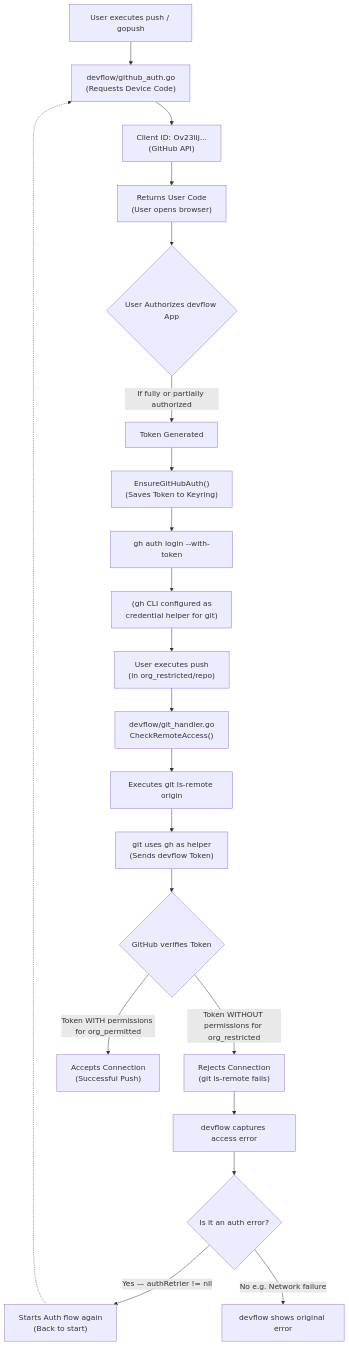
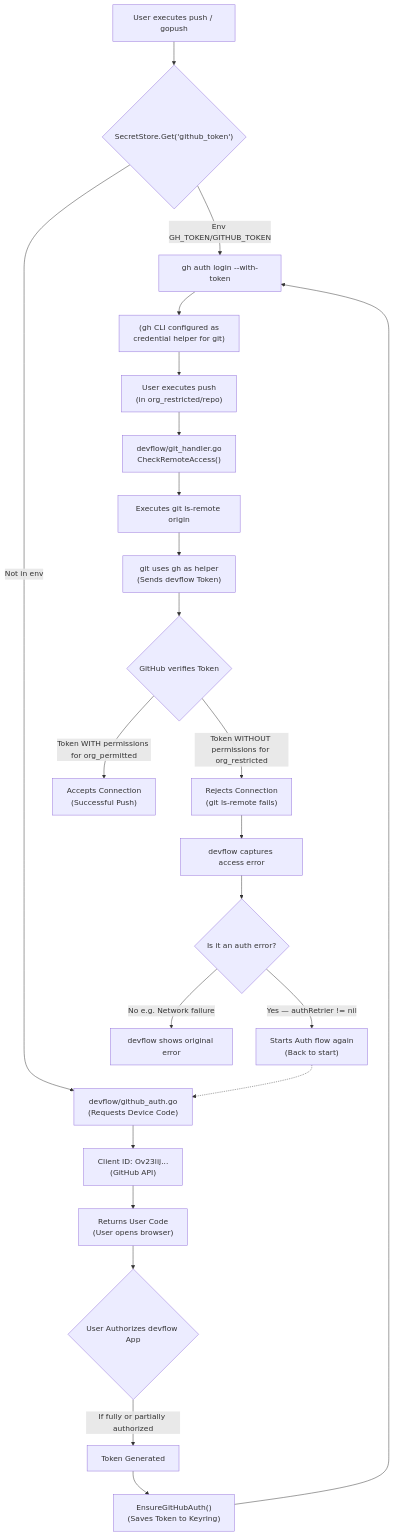
The diagram in docs/github/diagrams/GITHUB_AUTH_FLOW.md (tinywasm/devflow), drawn with Mermaid before and after one commit. The commit also changed 6 other files, not shown here.

First line of the commit message:
feat: introduce unified SecretStore for env and keyring resolution

````diff
--- a/docs/github/diagrams/GITHUB_AUTH_FLOW.md
+++ b/docs/github/diagrams/GITHUB_AUTH_FLOW.md
@@ -5,33 +5,35 @@
 ```mermaid
 flowchart TD
     %% Initialization
-    A[User executes push / gopush] --> B["devflow/github_auth.go <br/> (Requests Device Code)"]
+    A[User executes push / gopush] --> SS{"SecretStore.Get('github_token')"}
+    SS -->|Env GH_TOKEN/GITHUB_TOKEN| H
+    SS -->|Not in env| B["devflow/github_auth.go <br/> (Requests Device Code)"]
     B --> C["Client ID: Ov23lij... <br/> (GitHub API)"]
     C --> D["Returns User Code <br/> (User opens browser)"]
 
     %% Authorization on GitHub
     D --> E{"User Authorizes devflow App"}
     E -->|If fully or partially authorized| F["Token Generated"]
 
     %% Local Configuration
     F --> G["EnsureGitHubAuth() <br/> (Saves Token to Keyring)"]
     G --> H["gh auth login --with-token"]
     H --> I["(gh CLI configured as <br/> credential helper for git)"]
 
     %% Push Error in Restricted Repo
     I --> J["User executes push <br/> (in org_restricted/repo)"]
     J --> K["devflow/git_handler.go <br/> CheckRemoteAccess()"]
     K --> L["Executes git ls-remote origin"]
     L --> M["git uses gh as helper <br/> (Sends devflow Token)"]
     M --> N{"GitHub verifies Token"}
 
     %% Final Scenarios
     N -->|Token WITHOUT permissions for org_restricted| O["Rejects Connection <br/> (git ls-remote fails)"]
     O --> P["devflow captures access error"]
     P --> Q{"Is it an auth error?"}
     Q -->|Yes — authRetrier != nil| R["Starts Auth flow again <br/> (Back to start)"]
     Q -->|No e.g. Network failure| S["devflow shows original error"]
     R -.-> B
 
     N -->|Token WITH permissions for org_permitted| T["Accepts Connection <br/> (Successful Push)"]
 ```
````
